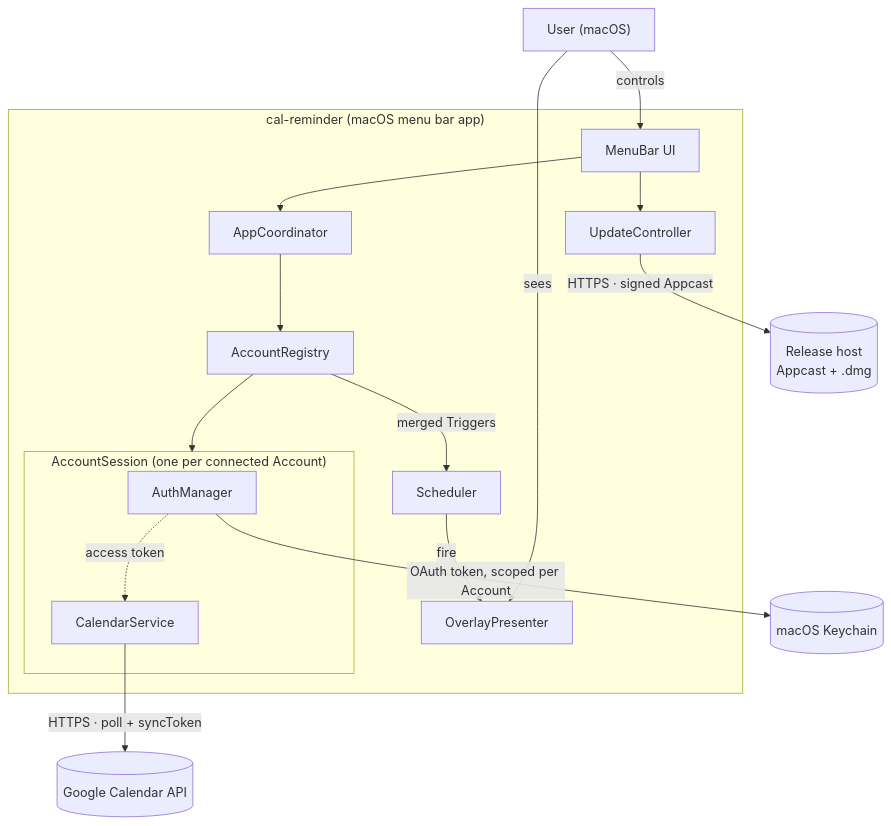
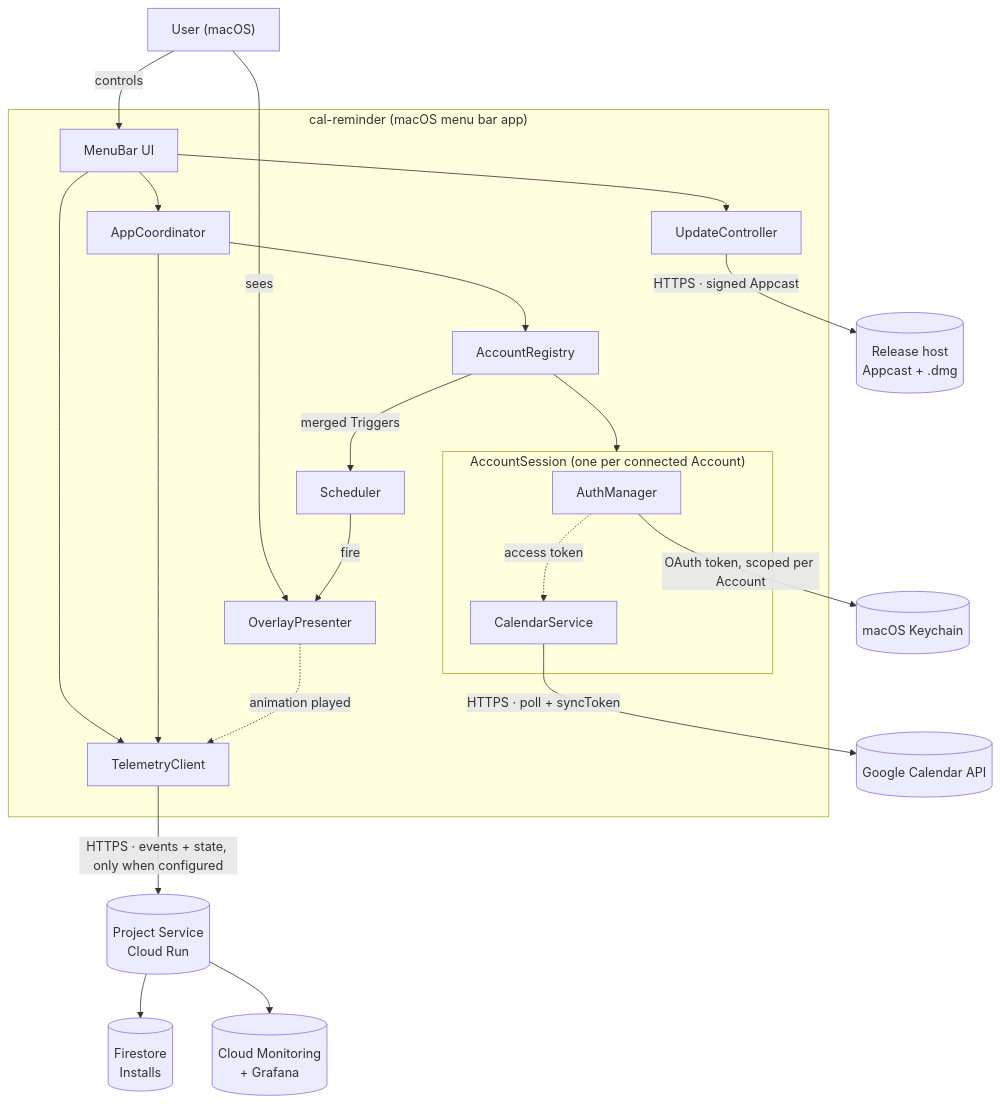
One commit to silvioubaldino/cal-reminder changed the diagram in docs/architecture.md. Above: the diagram before and after it, drawn with Mermaid. The commit also changed other lines of this file and 10 other files, not shown here.

First line of the commit message:
docs: design observability and the Project Service (AYD-012)

````diff
--- a/docs/architecture.md
+++ b/docs/architecture.md
@@ -20,34 +20,44 @@
 ```mermaid
 flowchart TB
     user["User (macOS)"]
 
     subgraph app["cal-reminder (macOS menu bar app)"]
         ui["MenuBar UI"]
         coord["AppCoordinator"]
         reg["AccountRegistry"]
         subgraph session["AccountSession (one per connected Account)"]
             auth["AuthManager"]
             cal["CalendarService"]
         end
         sched["Scheduler"]
         overlay["OverlayPresenter"]
         upd["UpdateController"]
+        tel["TelemetryClient"]
     end
 
     gcal[("Google Calendar API")]
     keychain[("macOS Keychain")]
     rel[("Release host<br/>Appcast + .dmg")]
+    svc[("Project Service<br/>Cloud Run")]
+    fs[("Firestore<br/>Installs")]
+    mon[("Cloud Monitoring<br/>+ Grafana")]
 
     user -->|controls| ui
     user -->|sees| overlay
     ui --> coord
     coord --> reg
     reg --> session
     auth -->|OAuth token, scoped per Account| keychain
     cal -->|HTTPS · poll + syncToken| gcal
     reg -->|merged Triggers| sched
     sched -->|fire| overlay
     auth -.->|access token| cal
     ui --> upd
     upd -->|HTTPS · signed Appcast| rel
+    ui --> tel
+    coord --> tel
+    overlay -.->|animation played| tel
+    tel -->|HTTPS · events + state, only when configured| svc
+    svc --> fs
+    svc --> mon
 ```
````
